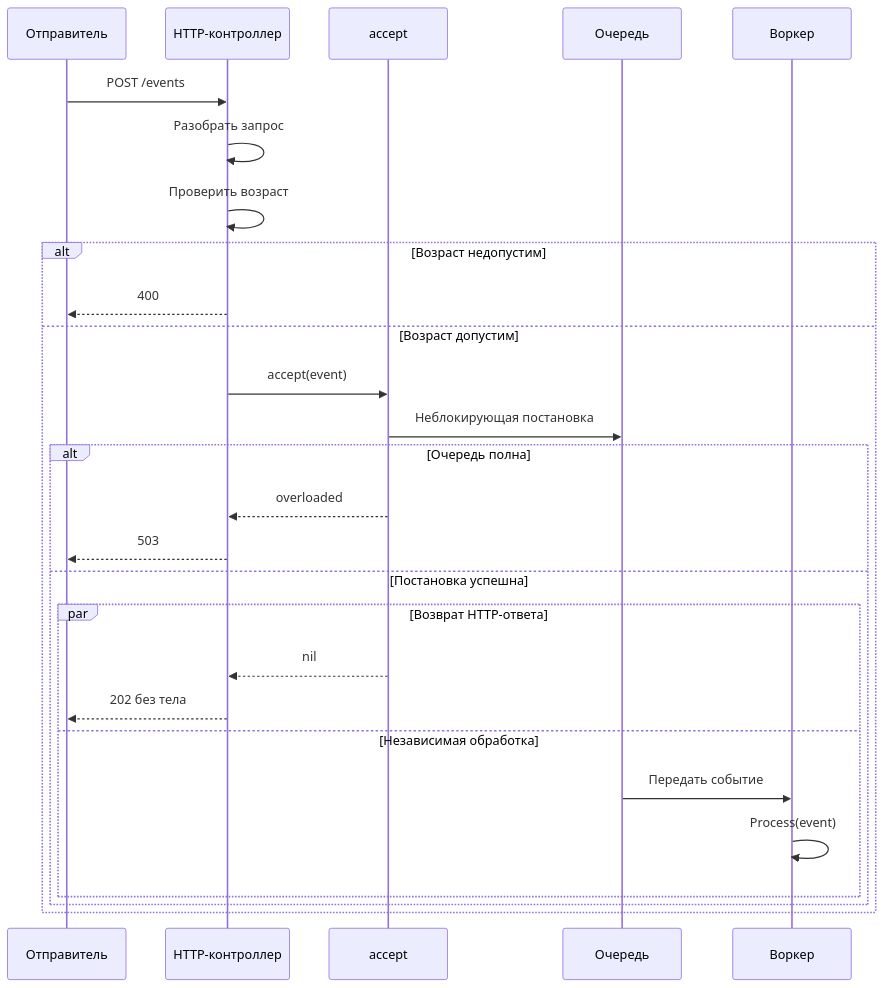
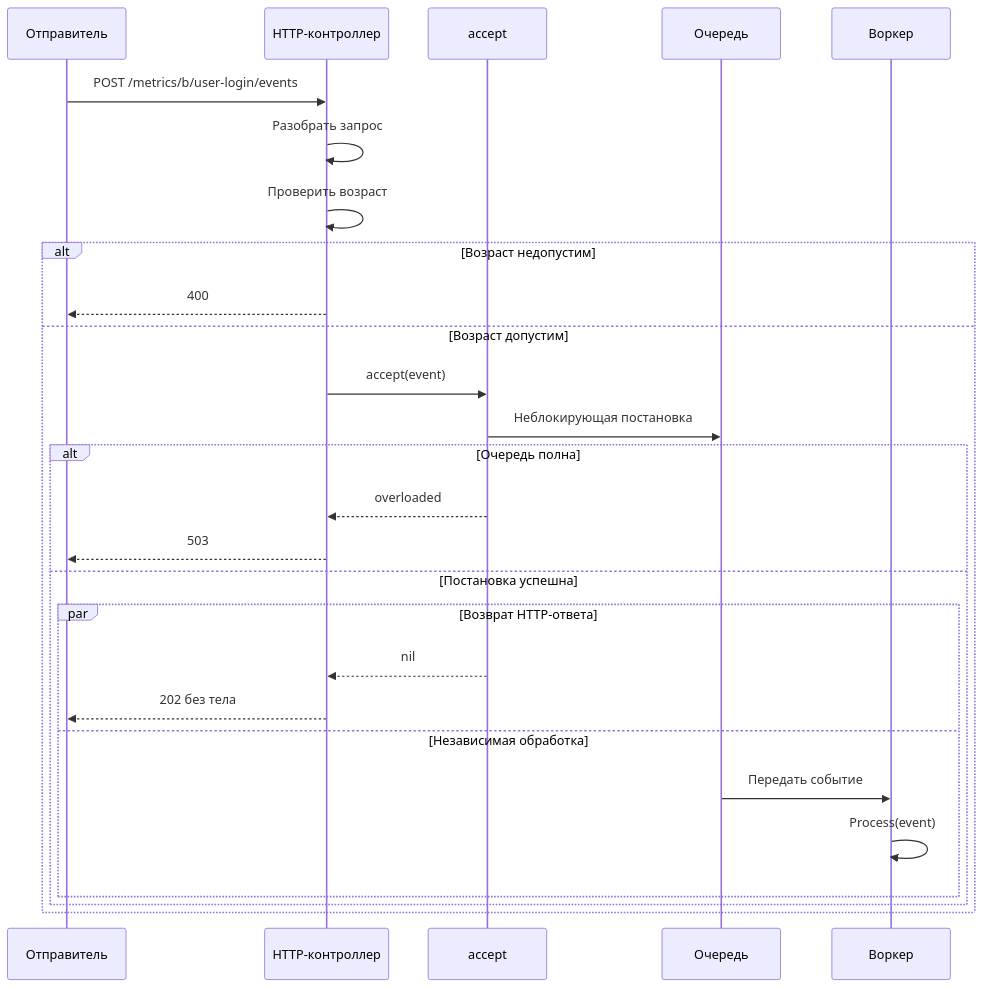
The second of 4 diagrams in docs/async-ingest.md (vendelev/sre-metrics), drawn with Mermaid before and after one commit. The commit also changed other lines of this file and 29 other files, not shown here.

````diff
--- a/docs/async-ingest.md
+++ b/docs/async-ingest.md
@@ -57,31 +57,31 @@
 ```mermaid
 sequenceDiagram
     participant S as Отправитель
     participant H as HTTP-контроллер
     participant A as accept
     participant Q as Очередь
     participant W as Воркер
 
-    S->>H: POST /events
+    S->>H: POST /metrics/b/user-login/events
     H->>H: Разобрать запрос
     H->>H: Проверить возраст
 
     alt Возраст недопустим
         H-->>S: 400
     else Возраст допустим
         H->>A: accept(event)
         A->>Q: Неблокирующая постановка
         alt Очередь полна
             A-->>H: overloaded
             H-->>S: 503
         else Постановка успешна
             par Возврат HTTP-ответа
                 A-->>H: nil
                 H-->>S: 202 без тела
             and Независимая обработка
                 Q->>W: Передать событие
                 W->>W: Process(event)
             end
         end
     end
 ```
````
